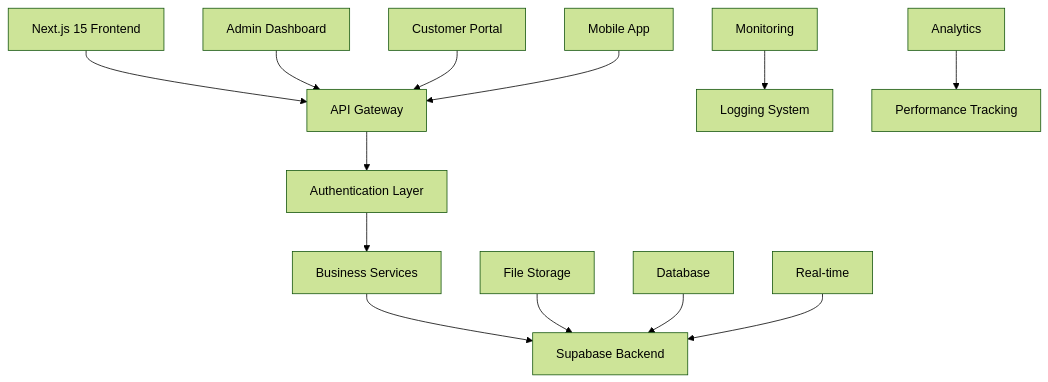
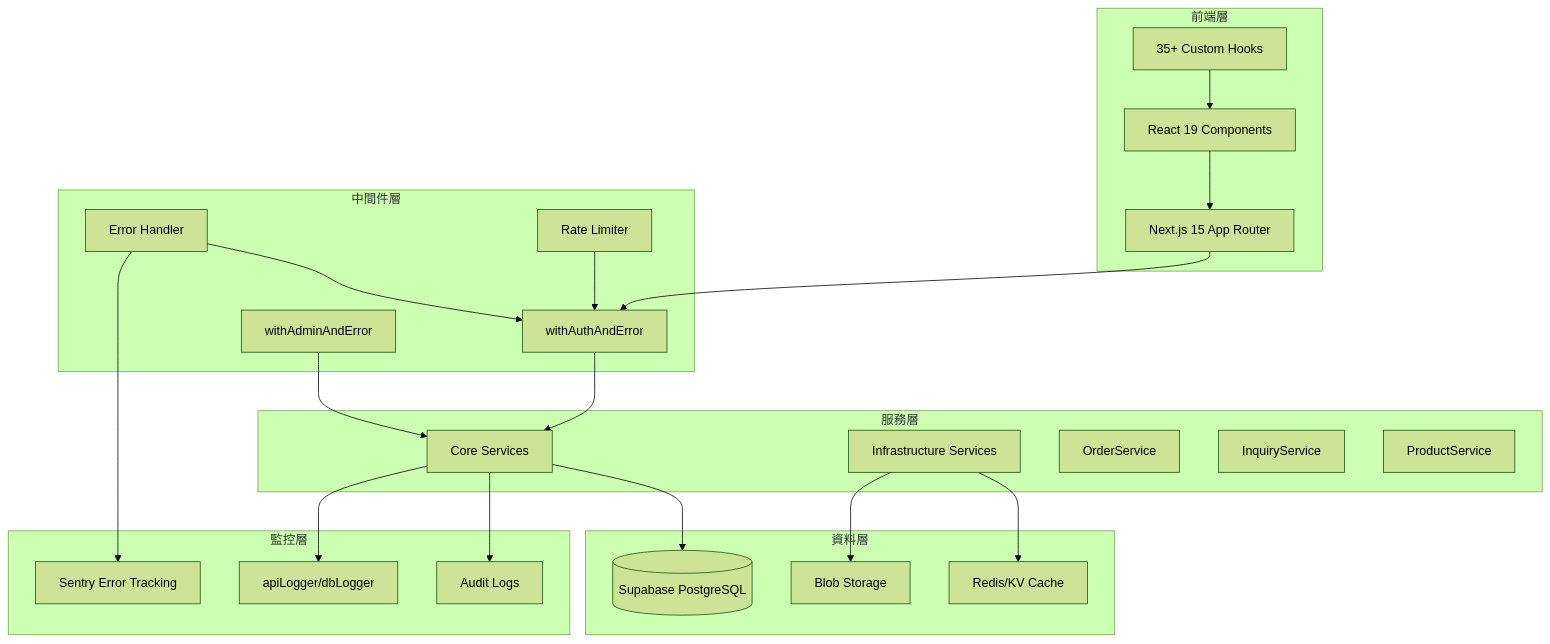
Before and after one commit to aim840912/haode-nextjs: the diagram in README.md, drawn with Mermaid (forest theme). The commit also changed other lines of this file and 1 other file, not shown here.

````diff
--- a/README.md
+++ b/README.md
@@ -56,18 +59,49 @@
 ```mermaid
 graph TB
-    A[Next.js 15 Frontend] --> B[API Gateway]
-    B --> C[Authentication Layer]
-    C --> D[Business Services]
-    D --> E[Supabase Backend]
+    subgraph Frontend["前端層"]
+        A[Next.js 15 App Router]
+        B[React 19 Components]
+        C[35+ Custom Hooks]
+    end
 
-    F[Admin Dashboard] --> B
-    G[Customer Portal] --> B
-    H[Mobile App] --> B
+    subgraph Middleware["中間件層"]
+        D[withAuthAndError]
+        E[withAdminAndError]
+        F[Error Handler]
+        G[Rate Limiter]
+    end
 
-    I[File Storage] --> E
-    J[Database] --> E
-    K[Real-time] --> E
+    subgraph Services["服務層"]
+        H[Core Services]
+        I[Infrastructure Services]
+        J[OrderService]
+        K[InquiryService]
+        L[ProductService]
+    end
 
-    L[Monitoring] --> M[Logging System]
-    N[Analytics] --> O[Performance Tracking]
+    subgraph Data["資料層"]
+        M[(Supabase PostgreSQL)]
+        N[Redis/KV Cache]
+        O[Blob Storage]
+    end
+
+    subgraph Monitoring["監控層"]
+        P[Sentry Error Tracking]
+        Q[Audit Logs]
+        R[apiLogger/dbLogger]
+    end
+
+    A --> D
+    B --> A
+    C --> B
+    D --> H
+    E --> H
+    F --> D
+    G --> D
+    H --> M
+    I --> N
+    I --> O
+    H --> Q
+    F --> P
+    H --> R
 ```
````
